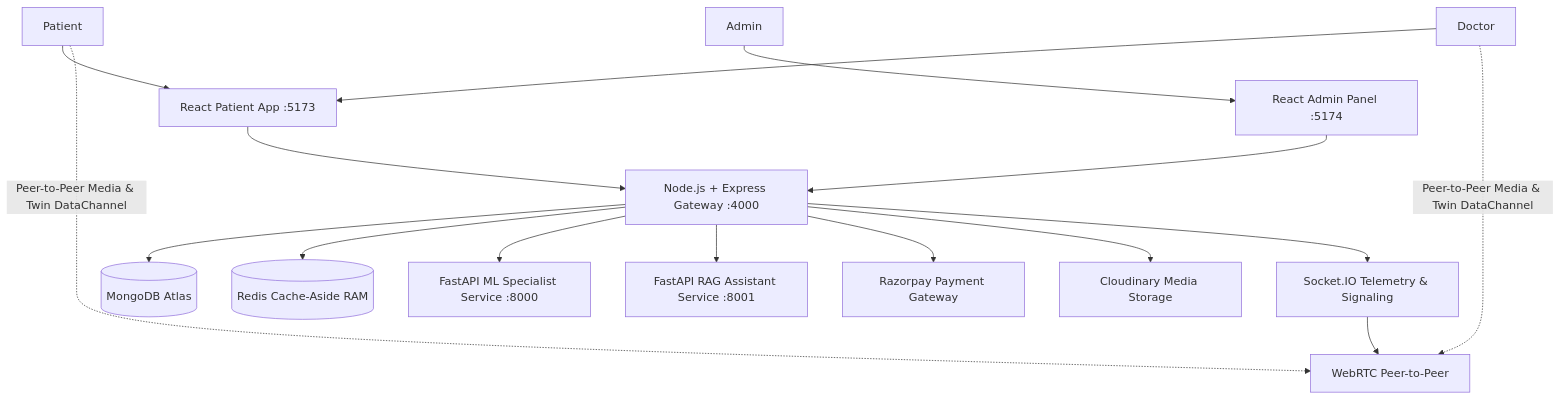
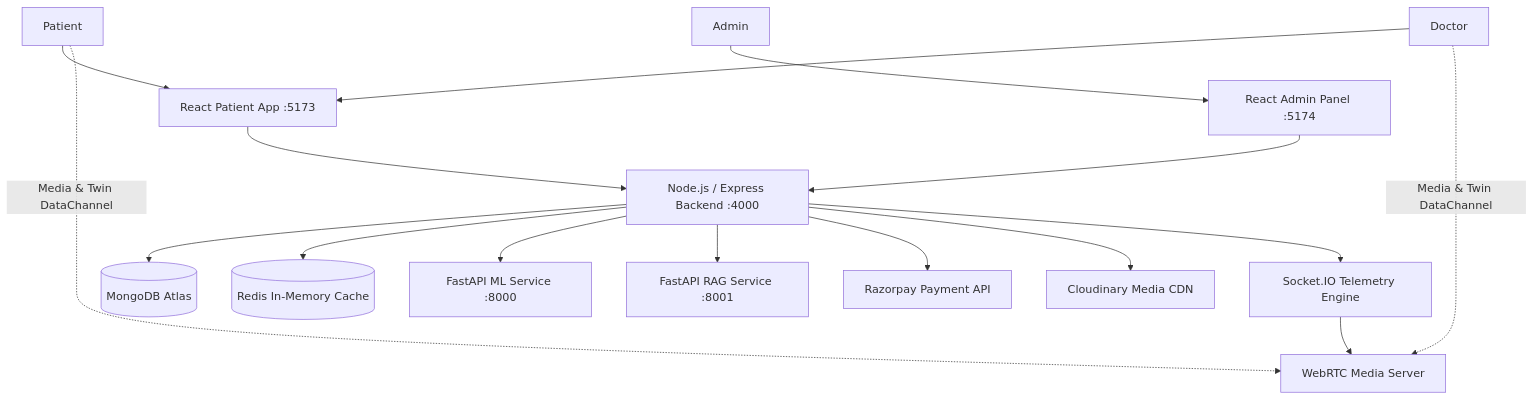
One commit to Aarush-bigO/Digital_Twin changed the seventh of 7 diagrams in README.md. Above: the diagram before and after it, drawn with Mermaid. The commit also changed other lines of this file, not shown here.

Commit message:
docs: embed all diagrams from Piyush repo (Redis caching, distributed locking, appointment booking, payment sequence, production architecture, REST APIs)

````diff
--- a/README.md
+++ b/README.md
@@ -249,21 +373,38 @@
 ```mermaid
-flowchart TD
-    U[Patient] --> FE[React Patient App :5173]
-    D[Doctor] --> FE
-    A[Admin] --> ADMIN[React Admin Panel :5174]
+flowchart TB
+    USER[Patient]
+    DOC[Doctor]
+    ADMIN[Admin]
 
-    FE --> API[Node.js + Express Gateway :4000]
-    ADMIN --> API
+    APP[React Patient App :5173]
+    ADMINAPP[React Admin Panel :5174]
+    API[Node.js / Express Backend :4000]
 
-    API --> DB[(MongoDB Atlas)]
-    API --> REDIS[(Redis Cache-Aside RAM)]
-    API --> ML[FastAPI ML Specialist Service :8000]
-    API --> RAG[FastAPI RAG Assistant Service :8001]
-    API --> PAY[Razorpay Payment Gateway]
-    API --> CLOUD[Cloudinary Media Storage]
-    API --> SOCKET[Socket.IO Telemetry & Signaling]
+    MONGO[(MongoDB Atlas)]
+    REDIS[(Redis In-Memory Cache)]
+    ML[FastAPI ML Service :8000]
+    RAG[FastAPI RAG Service :8001]
+    RAZORPAY[Razorpay Payment API]
+    CLOUD[Cloudinary Media CDN]
+    SOCKET[Socket.IO Telemetry Engine]
+    RTC[WebRTC Media Server]
 
-    SOCKET --> WEBRTC[WebRTC Peer-to-Peer]
-    U -. Peer-to-Peer Media & Twin DataChannel .-> WEBRTC
-    D -. Peer-to-Peer Media & Twin DataChannel .-> WEBRTC
+    USER --> APP
+    DOC --> APP
+    ADMIN --> ADMINAPP
+
+    APP --> API
+    ADMINAPP --> API
+
+    API --> MONGO
+    API --> REDIS
+    API --> ML
+    API --> RAG
+    API --> RAZORPAY
+    API --> CLOUD
+    API --> SOCKET
+
+    SOCKET --> RTC
+    USER -. Media & Twin DataChannel .-> RTC
+    DOC -. Media & Twin DataChannel .-> RTC
 ```
````
